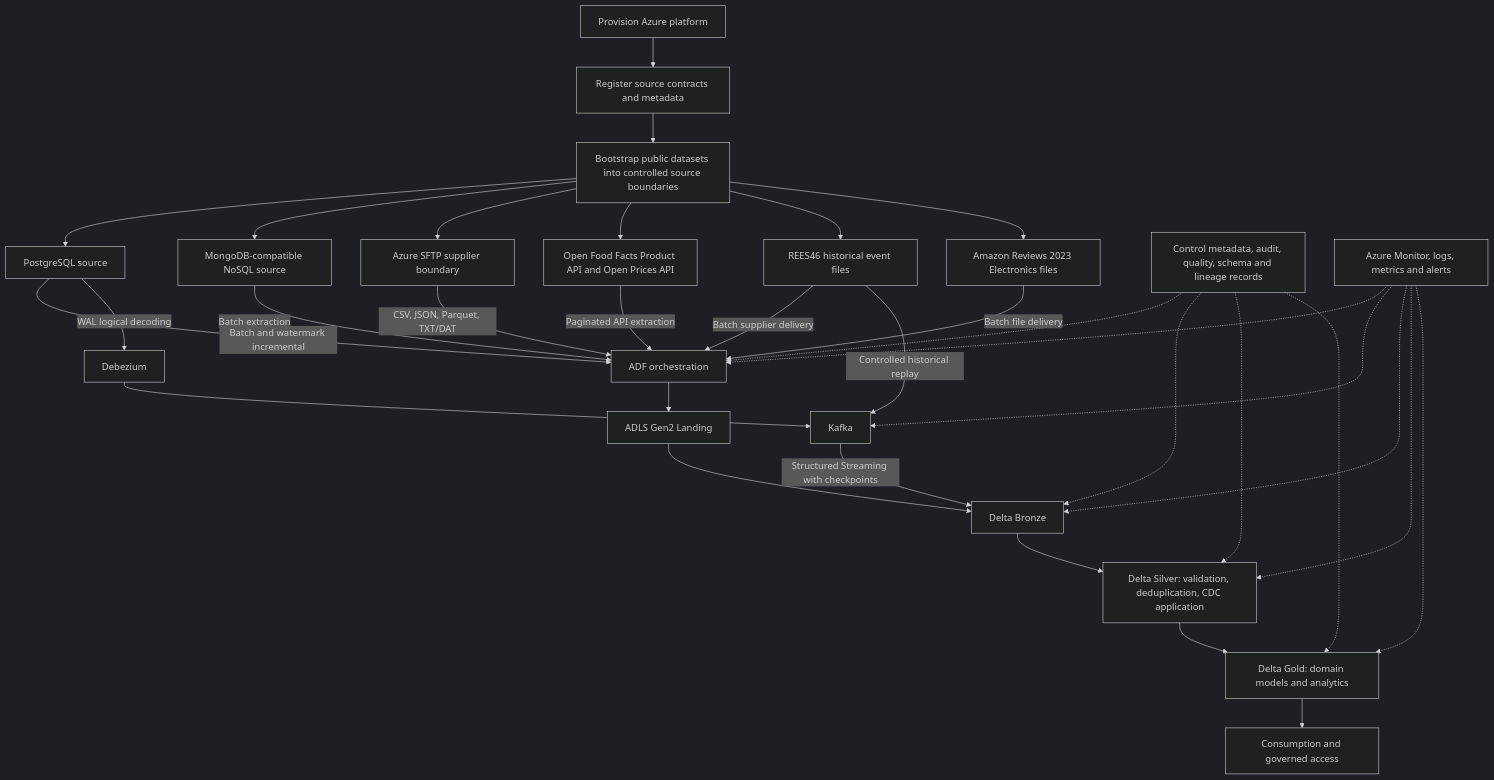
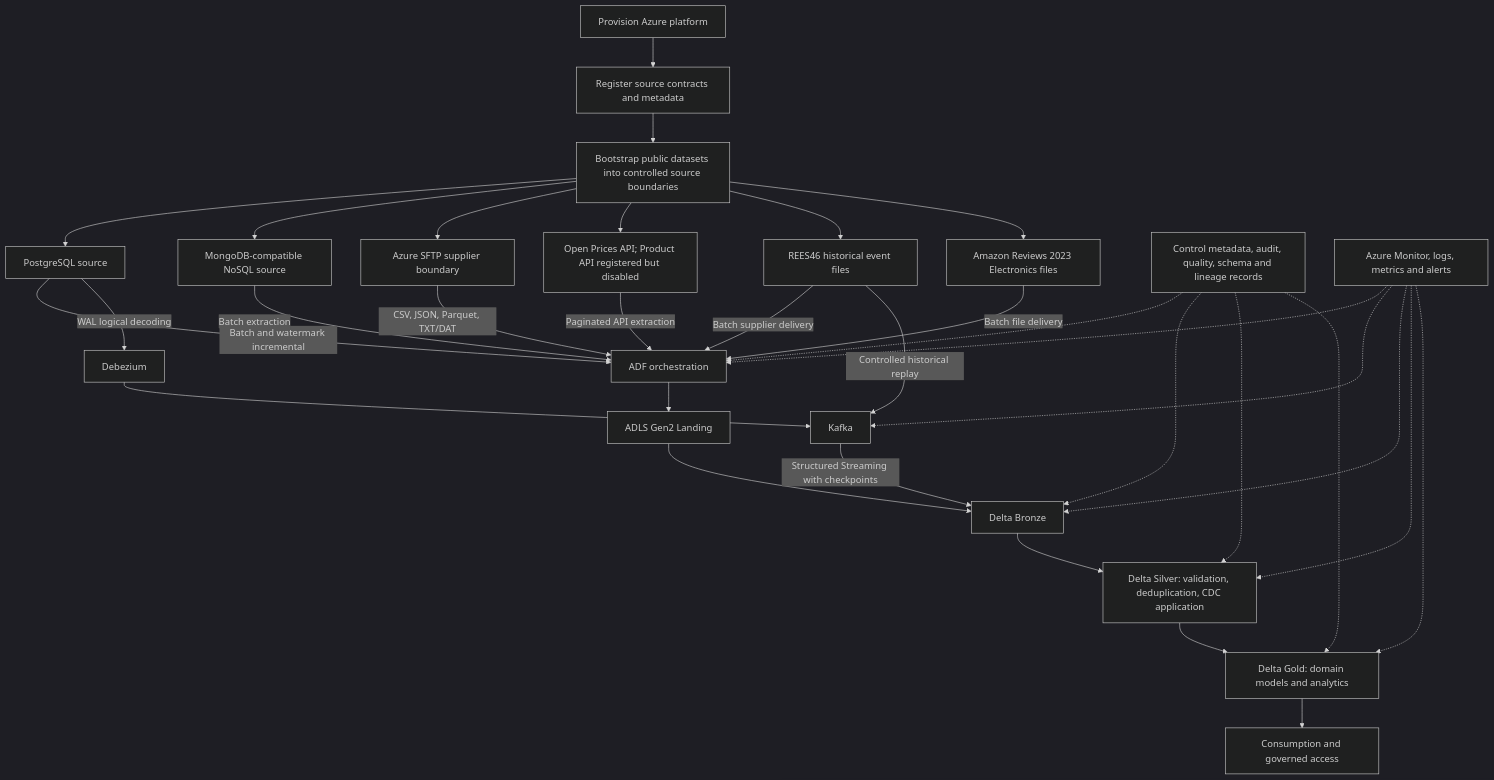
One commit to harshitarav/azure-databricks-production-data-platform changed the first of 3 diagrams in docs/architecture/architecture.md. Above: the diagram before and after it, drawn with Mermaid (dark theme). The commit also changed other lines of this file, not shown here.

````diff
--- a/docs/architecture/architecture.md
+++ b/docs/architecture/architecture.md
@@ -45,40 +45,40 @@
 ```mermaid
 flowchart TD
     P[Provision Azure platform] --> M[Register source contracts and metadata]
     M --> B[Bootstrap public datasets into controlled source boundaries]
 
     B --> PG[PostgreSQL source]
     B --> NS[MongoDB-compatible NoSQL source]
     B --> SFTP[Azure SFTP supplier boundary]
-    B --> API[Open Food Facts Product API and Open Prices API]
+    B --> API[Open Prices API; Product API registered but disabled]
     B --> R[REES46 historical event files]
     B --> AMZ[Amazon Reviews 2023 Electronics files]
 
     PG -->|Batch and watermark incremental| ADF[ADF orchestration]
     SFTP -->|CSV, JSON, Parquet, TXT/DAT| ADF
     NS -->|Batch extraction| ADF
     API -->|Paginated API extraction| ADF
     R -->|Batch supplier delivery| ADF
     AMZ -->|Batch file delivery| ADF
 
     ADF --> L[ADLS Gen2 Landing]
     PG -->|WAL logical decoding| DBZ[Debezium]
     DBZ --> K[Kafka]
     R -->|Controlled historical replay| K
 
     L --> BR[Delta Bronze]
     K -->|Structured Streaming with checkpoints| BR
     BR --> SI[Delta Silver: validation, deduplication, CDC application]
     SI --> GO[Delta Gold: domain models and analytics]
     GO --> CON[Consumption and governed access]
 
     META[Control metadata, audit, quality, schema and lineage records] -.-> ADF
     META -.-> BR
     META -.-> SI
     META -.-> GO
     MON[Azure Monitor, logs, metrics and alerts] -.-> ADF
     MON -.-> K
     MON -.-> BR
     MON -.-> SI
     MON -.-> GO
 ```
````
